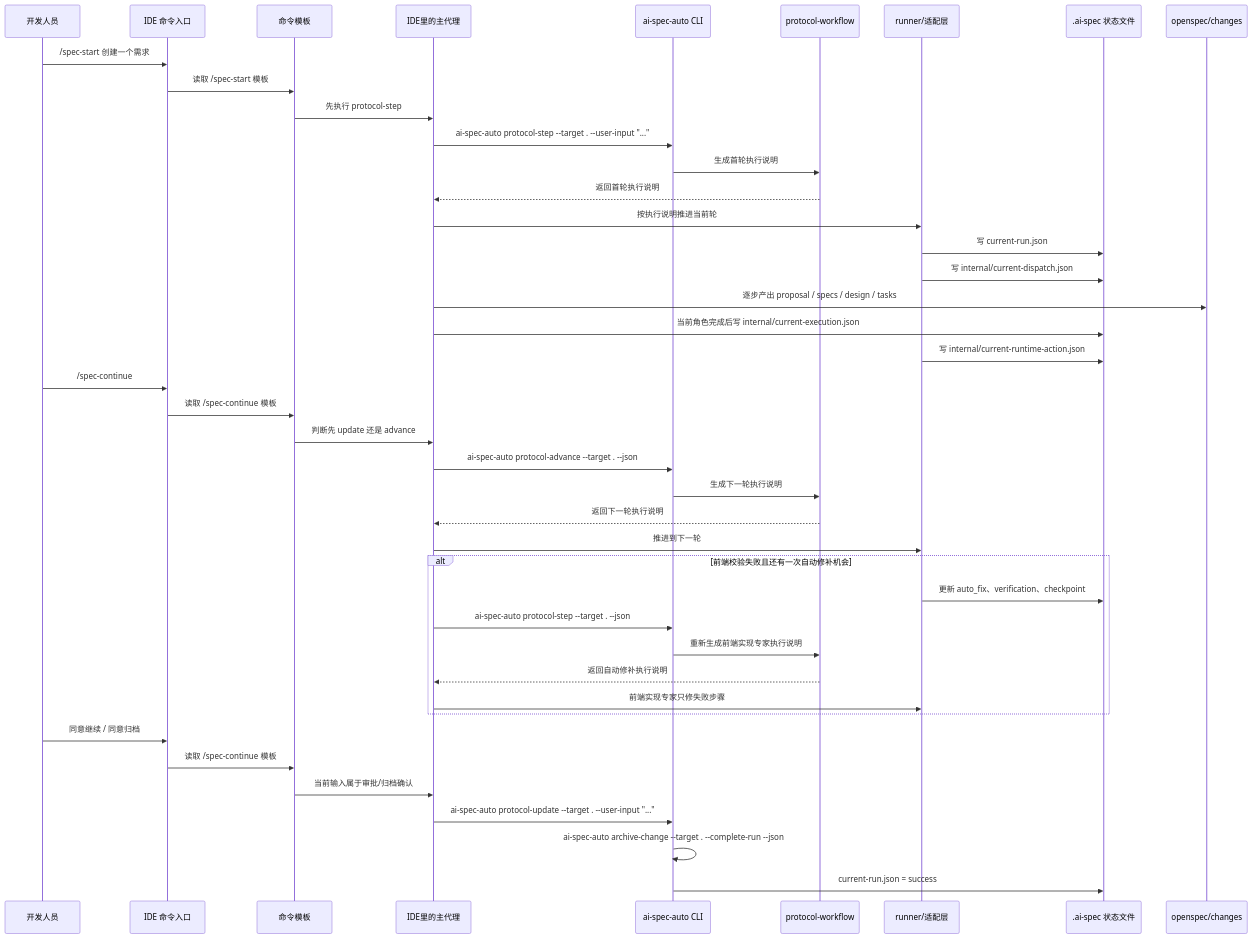
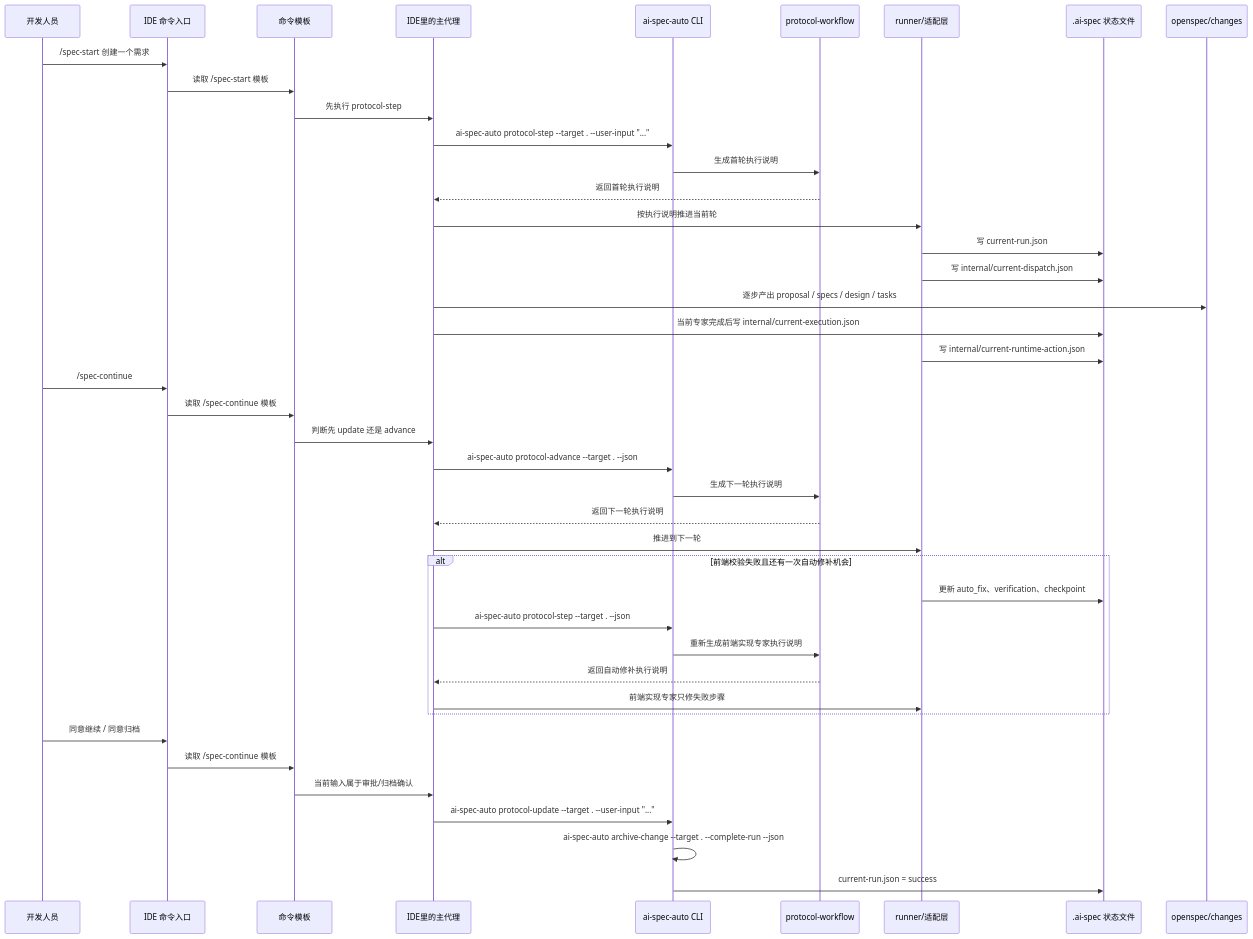
Before and after one commit to Colouful/br-ai-spec: the third of 7 diagrams in docs/paser_three/开发人员规范化开发实践-流程图版.md, drawn with Mermaid. The commit also changed other lines of this file and 17 other files, not shown here.

````diff
--- a/docs/paser_three/开发人员规范化开发实践-流程图版.md
+++ b/docs/paser_three/开发人员规范化开发实践-流程图版.md
@@ -159,48 +159,48 @@
 ```mermaid
 sequenceDiagram
     participant Dev as 开发人员
     participant IDE as IDE 命令入口
     participant Cmd as 命令模板
     participant Agent as IDE里的主代理
     participant CLI as ai-spec-auto CLI
     participant Flow as protocol-workflow
     participant Runner as runner/适配层
     participant State as .ai-spec 状态文件
     participant Change as openspec/changes
 
     Dev->>IDE: /spec-start 创建一个需求
     IDE->>Cmd: 读取 /spec-start 模板
     Cmd->>Agent: 先执行 protocol-step
     Agent->>CLI: ai-spec-auto protocol-step --target . --user-input "..."
     CLI->>Flow: 生成首轮执行说明
     Flow-->>Agent: 返回首轮执行说明
     Agent->>Runner: 按执行说明推进当前轮
     Runner->>State: 写 current-run.json
     Runner->>State: 写 internal/current-dispatch.json
     Agent->>Change: 逐步产出 proposal / specs / design / tasks
-    Agent->>State: 当前角色完成后写 internal/current-execution.json
+    Agent->>State: 当前专家完成后写 internal/current-execution.json
     Runner->>State: 写 internal/current-runtime-action.json
 
     Dev->>IDE: /spec-continue
     IDE->>Cmd: 读取 /spec-continue 模板
     Cmd->>Agent: 判断先 update 还是 advance
     Agent->>CLI: ai-spec-auto protocol-advance --target . --json
     CLI->>Flow: 生成下一轮执行说明
     Flow-->>Agent: 返回下一轮执行说明
     Agent->>Runner: 推进到下一轮
 
     alt 前端校验失败且还有一次自动修补机会
         Runner->>State: 更新 auto_fix、verification、checkpoint
         Agent->>CLI: ai-spec-auto protocol-step --target . --json
         CLI->>Flow: 重新生成前端实现专家执行说明
         Flow-->>Agent: 返回自动修补执行说明
         Agent->>Runner: 前端实现专家只修失败步骤
     end
 
     Dev->>IDE: 同意继续 / 同意归档
     IDE->>Cmd: 读取 /spec-continue 模板
     Cmd->>Agent: 当前输入属于审批/归档确认
     Agent->>CLI: ai-spec-auto protocol-update --target . --user-input "..."
     CLI->>CLI: ai-spec-auto archive-change --target . --complete-run --json
     CLI->>State: current-run.json = success
 ```
````
